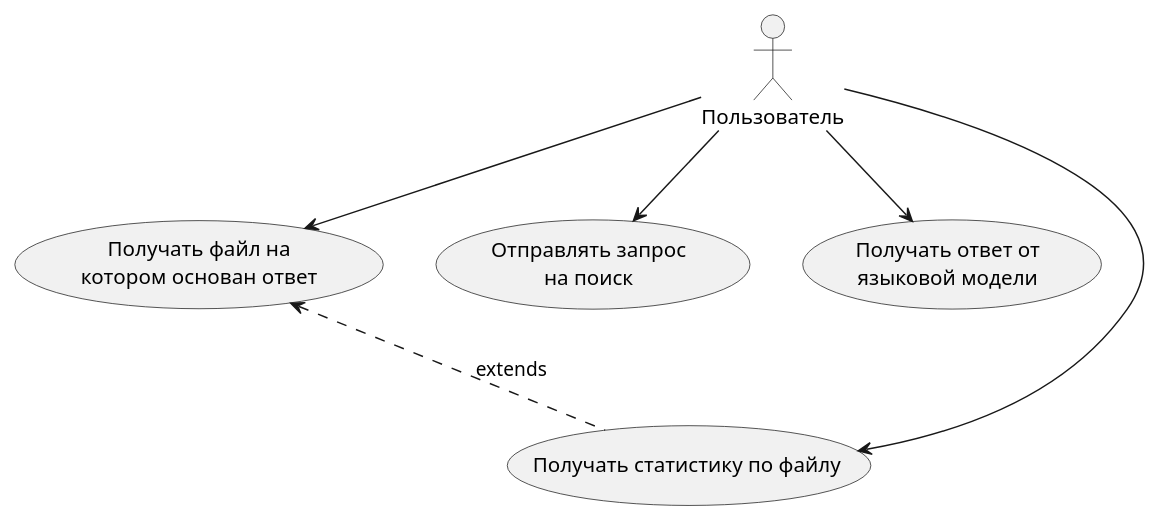
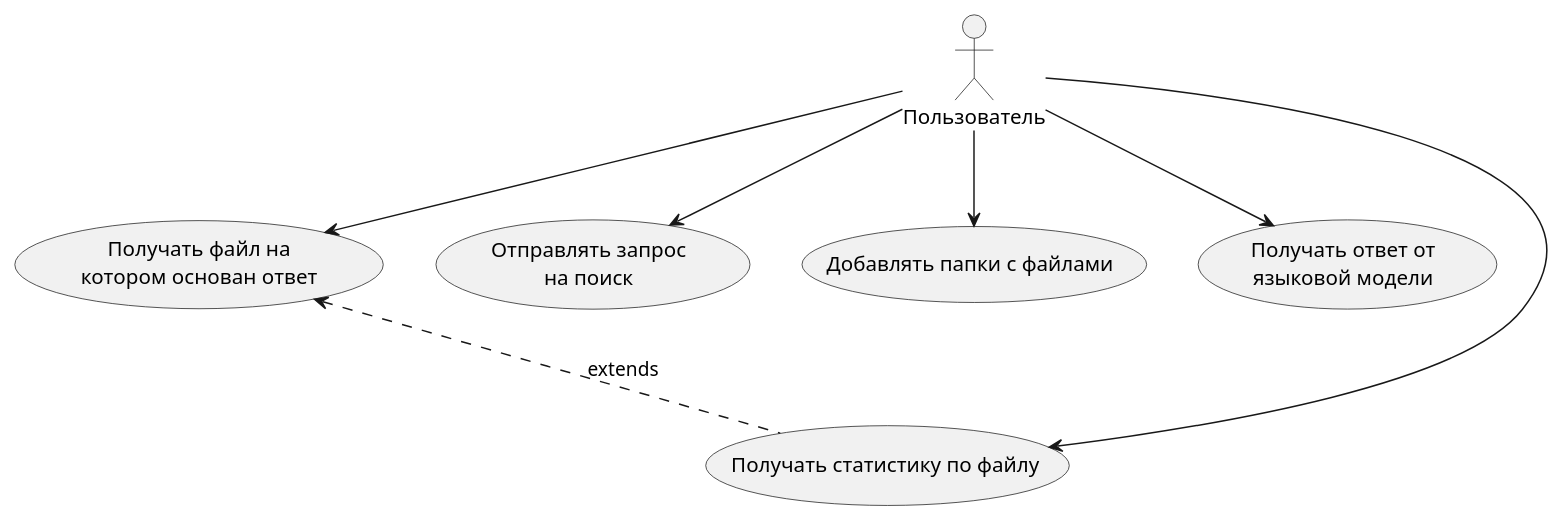
Before and after one commit to hareckii/NLP: the diagram in backend/docs/diagrams/use-case.pu, drawn with PlantUML. The commit also changed 2 other files, not shown here.

```diff
--- a/backend/docs/diagrams/use-case.pu
+++ b/backend/docs/diagrams/use-case.pu
@@ -1,11 +1,12 @@
 @startuml usecase
 
 :Пользователь: as user
 
 user-down->(Отправлять запрос\nна поиск)
+user-down->(Добавлять папки с файлами)
 user-down->(Получать ответ от\nязыковой модели)
 user-down->(Получать файл на\nкотором основан ответ)
 (Получать статистику по файлу) .up.> (Получать файл на\nкотором основан ответ): extends
 user-down->(Получать статистику по файлу)
 
 @enduml
```
